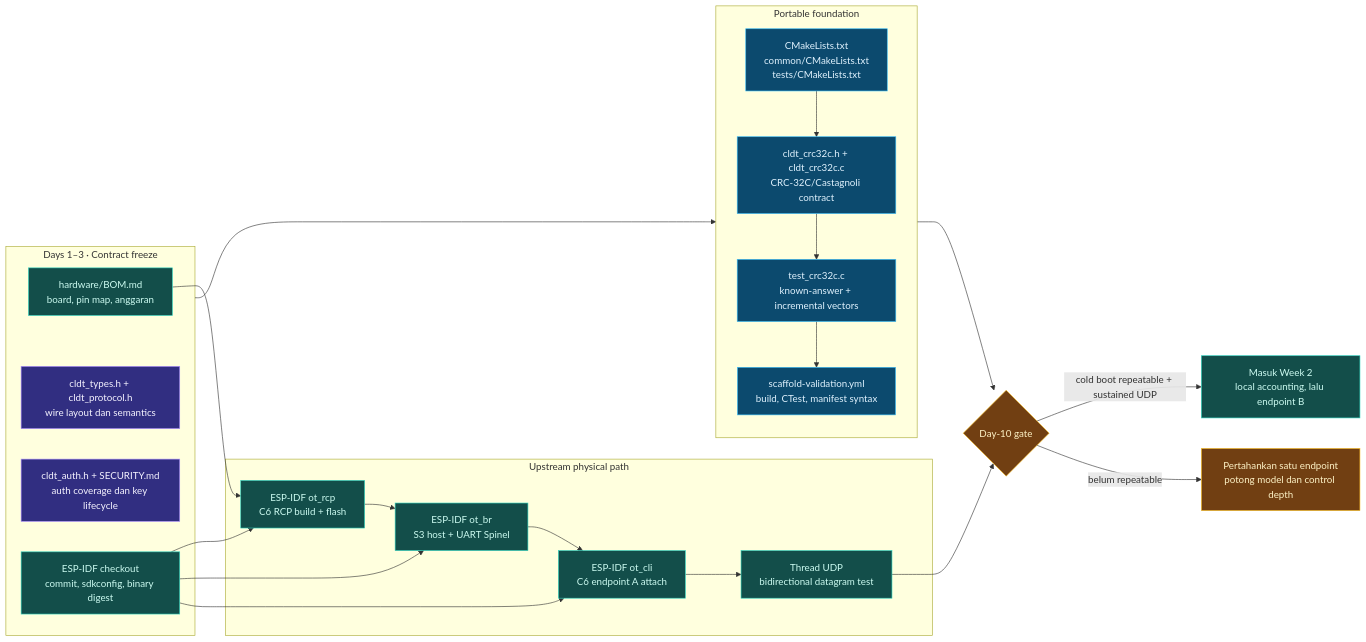
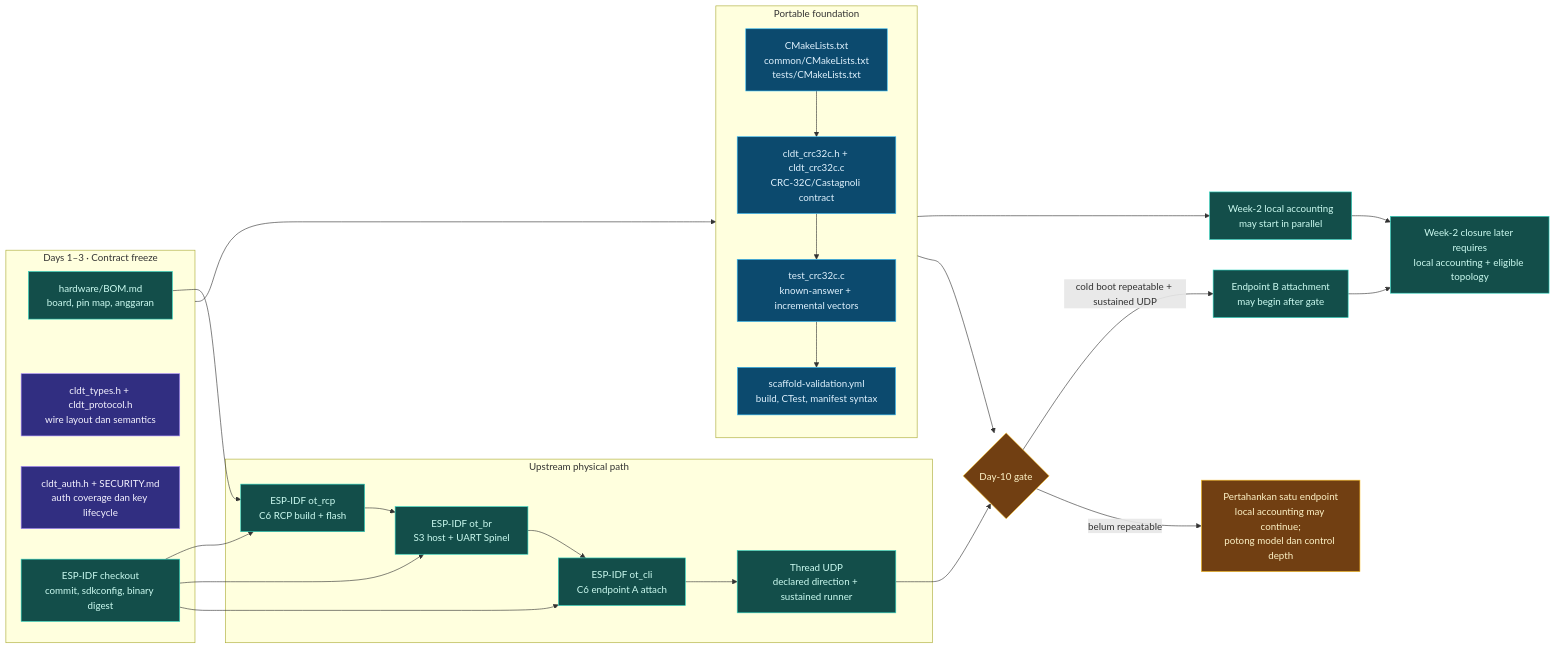
The diagram in docs/diagrams/phase1/implementation-roadmap.mmd (Reinathanajah/CLDT-Thread), drawn with Mermaid before and after one commit. The commit also changed 9 other files, not shown here.

```diff
--- a/docs/diagrams/phase1/implementation-roadmap.mmd
+++ b/docs/diagrams/phase1/implementation-roadmap.mmd
@@ -1,42 +1,45 @@
 flowchart LR
     subgraph freeze["Days 1–3 · Contract freeze"]
         bom["hardware/BOM.md<br/>board, pin map, anggaran"]
         wire["cldt_types.h + cldt_protocol.h<br/>wire layout dan semantics"]
         auth["cldt_auth.h + SECURITY.md<br/>auth coverage dan key lifecycle"]
         toolchain["ESP-IDF checkout<br/>commit, sdkconfig, binary digest"]
     end
 
     subgraph portable["Portable foundation"]
         build["CMakeLists.txt<br/>common/CMakeLists.txt<br/>tests/CMakeLists.txt"]
         crc["cldt_crc32c.h + cldt_crc32c.c<br/>CRC-32C/Castagnoli contract"]
         vector["test_crc32c.c<br/>known-answer + incremental vectors"]
         ci["scaffold-validation.yml<br/>build, CTest, manifest syntax"]
         build --> crc --> vector --> ci
     end
 
     subgraph physical["Upstream physical path"]
         rcp["ESP-IDF ot_rcp<br/>C6 RCP build + flash"]
         br["ESP-IDF ot_br<br/>S3 host + UART Spinel"]
         cli["ESP-IDF ot_cli<br/>C6 endpoint A attach"]
-        udp["Thread UDP<br/>bidirectional datagram test"]
+        udp["Thread UDP<br/>declared direction + sustained runner"]
         rcp --> br --> cli --> udp
     end
 
     freeze --> portable
     bom --> rcp
     toolchain --> rcp
     toolchain --> br
     toolchain --> cli
+    portable --> local["Week-2 local accounting<br/>may start in parallel"]
     portable --> gate{"Day-10 gate"}
     udp --> gate
-    gate -->|"cold boot repeatable + sustained UDP"| week2["Masuk Week 2<br/>local accounting, lalu endpoint B"]
-    gate -->|"belum repeatable"| cut["Pertahankan satu endpoint<br/>potong model dan control depth"]
+    gate -->|"cold boot repeatable + sustained UDP"| endpointb["Endpoint B attachment<br/>may begin after gate"]
+    gate -->|"belum repeatable"| cut["Pertahankan satu endpoint<br/>local accounting may continue;<br/>potong model dan control depth"]
+    local --> week2["Week-2 closure later requires<br/>local accounting + eligible topology"]
+    endpointb --> week2
 
     classDef contract fill:#312e81,stroke:#a78bfa,color:#f5f3ff;
     classDef code fill:#0c4a6e,stroke:#38bdf8,color:#e0f2fe;
     classDef hardware fill:#134e4a,stroke:#2dd4bf,color:#ccfbf1;
     classDef decision fill:#713f12,stroke:#fbbf24,color:#fef3c7;
     class wire,auth contract;
     class build,crc,vector,ci code;
-    class bom,toolchain,rcp,br,cli,udp,week2 hardware;
+    class bom,toolchain,rcp,br,cli,udp,local,endpointb,week2 hardware;
     class gate,cut decision;
```
